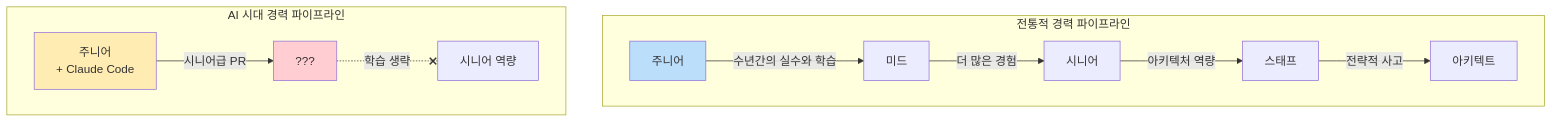
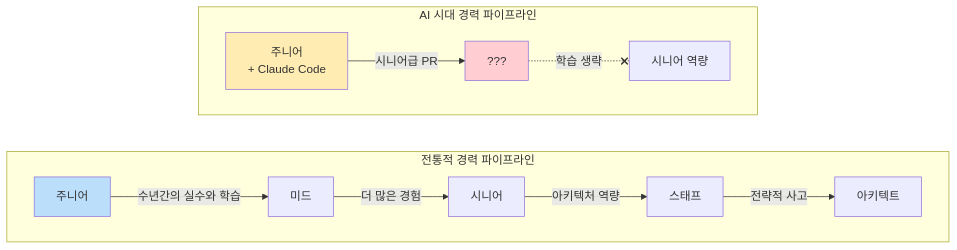
The sixth of 9 diagrams in content/post/2026/2026-03-04-ai-coding-hidden-costs.md (gyuha/blog), drawn with Mermaid before and after one commit. The commit also changed other lines of this file and 1 other file, not shown here.

````diff
--- a/content/post/2026/2026-03-04-ai-coding-hidden-costs.md
+++ b/content/post/2026/2026-03-04-ai-coding-hidden-costs.md
@@ -182,18 +189,20 @@
 ```mermaid
-flowchart TD
+flowchart LR
     subgraph "전통적 경력 파이프라인"
+        direction LR
         J1[주니어] -->|"수년간의 실수와 학습"| M1[미드]
         M1 -->|"더 많은 경험"| S1[시니어]
         S1 -->|"아키텍처 역량"| ST1[스태프]
         ST1 -->|"전략적 사고"| A1[아키텍트]
     end
 
     subgraph "AI 시대 경력 파이프라인"
+        direction LR
         J2[주니어<br>+ Claude Code] -->|"시니어급 PR"| ??[???]
         ?? -.-x|"학습 생략"| S2[시니어 역량]
     end
 
     style J1 fill:#bbdefb
     style J2 fill:#ffecb3
     style ?? fill:#ffcdd2
 ```
````
